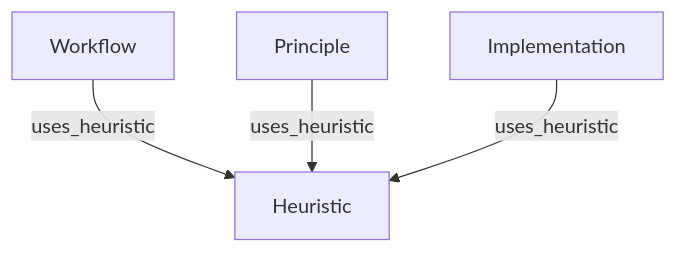
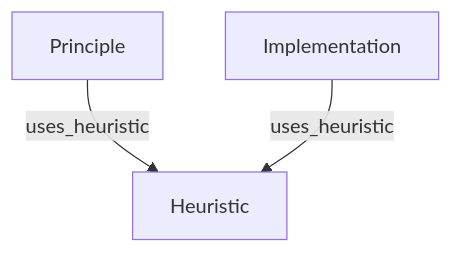
The diagram in src/knowledge/wiki_structure/heuristic_page/page_definition.md (Leeroo-AI/kapso), drawn with Mermaid before and after one commit. The commit also changed other lines of this file and 348 other files, not shown here.

````diff
--- a/src/knowledge/wiki_structure/heuristic_page/page_definition.md
+++ b/src/knowledge/wiki_structure/heuristic_page/page_definition.md
@@ -23,6 +21,5 @@
 ```mermaid
 graph TD
-    W[Workflow] -->|uses_heuristic| H[Heuristic]
-    P[Principle] -->|uses_heuristic| H
+    P[Principle] -->|uses_heuristic| H[Heuristic]
     I[Implementation] -->|uses_heuristic| H
 ```
````
